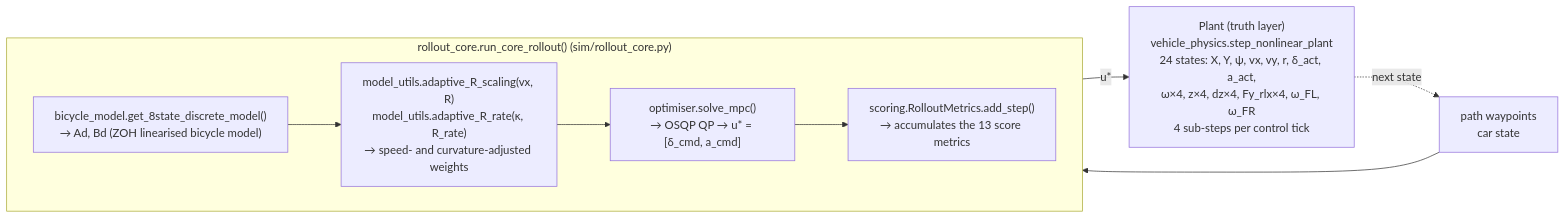
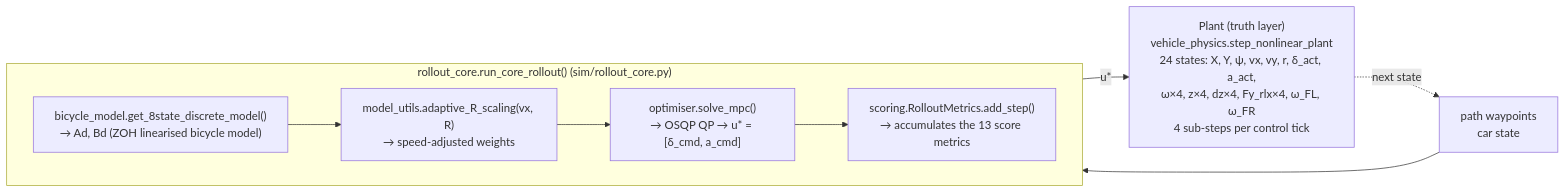
One commit to Martin-Jin/fsae_MPCTest changed the second of 3 diagrams in docs/architecture.md. Above: the diagram before and after it, drawn with Mermaid. The commit also changed other lines of this file and 19 other files, not shown here.

````diff
--- a/docs/architecture.md
+++ b/docs/architecture.md
@@ -61,19 +61,19 @@
 ```mermaid
 flowchart LR
     INPUTS["path waypoints<br/>car state"]
 
     subgraph ROLLOUT["rollout_core.run_core_rollout() (sim/rollout_core.py)"]
         direction LR
         MODEL["bicycle_model.get_8state_discrete_model()<br/>&rarr; Ad, Bd (ZOH linearised bicycle model)"]
-        GAINS["model_utils.adaptive_R_scaling(vx, R)<br/>model_utils.adaptive_R_rate(&kappa;, R_rate)<br/>&rarr; speed- and curvature-adjusted weights"]
+        GAINS["model_utils.adaptive_R_scaling(vx, R)<br/>&rarr; speed-adjusted weights"]
         SOLVE["optimiser.solve_mpc()<br/>&rarr; OSQP QP &rarr; u* = [&delta;_cmd, a_cmd]"]
         SCORE["scoring.RolloutMetrics.add_step()<br/>&rarr; accumulates the 13 score metrics"]
         MODEL --> GAINS --> SOLVE --> SCORE
     end
 
     PLANT["Plant (truth layer)<br/>vehicle_physics.step_nonlinear_plant<br/>24 states: X, Y, &psi;, vx, vy, r, &delta;_act, a_act,<br/>&omega;&times;4, z&times;4, dz&times;4, Fy_rlx&times;4, &omega;_FL, &omega;_FR<br/>4 sub-steps per control tick"]
 
     INPUTS --> MODEL
     SOLVE -->|"u*"| PLANT
     PLANT -.->|"next state"| INPUTS
 ```
````
